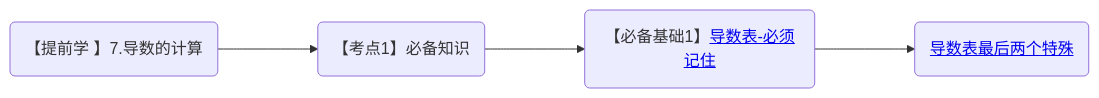
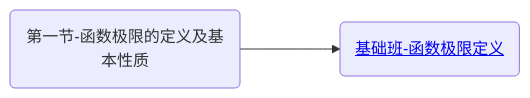
Before and after one commit to yuebinghui/note: the diagram in 笔记/数学/周洋鑫/基础班/00.大纲.md, drawn with Mermaid. The commit also changed 8 other files, not shown here.

````diff
--- a/笔记/数学/周洋鑫/基础班/00.大纲.md
+++ b/笔记/数学/周洋鑫/基础班/00.大纲.md
@@ -1,8 +1,6 @@
 ```mermaid
 graph LR
-7.导数的计算(【提前学 】7.导数的计算)
+第一节-函数极限的定义及基本性质(第一节-函数极限的定义及基本性质)
 
-7.导数的计算---> 必备知识(【考点1】必备知识)
-必备知识--->导数表-必须记住(【必备基础1】<a href="/Users/yuebinghui/Documents/program/github/note/笔记/数学/周洋鑫/零基础提前学/11.1零基础核心考点精讲10-1.md#导数表-必须记住">导数表-必须记住</>)
-导数表-必须记住--->导数表最后两个特殊(<a href="/Users/yuebinghui/Documents/program/github/note/笔记/数学/周洋鑫/零基础提前学/11.1零基础核心考点精讲10-1.md#导数表最后两个特殊">导数表最后两个特殊</>)
+第一节-函数极限的定义及基本性质--->基础班-函数极限定义(<a href="/Users/yuebinghui/Documents/program/github/note/笔记/数学/周洋鑫/基础班/01.函数极限的定义与性质-1.md#基础班-函数极限定义">基础班-函数极限定义</>)
 ```
````
